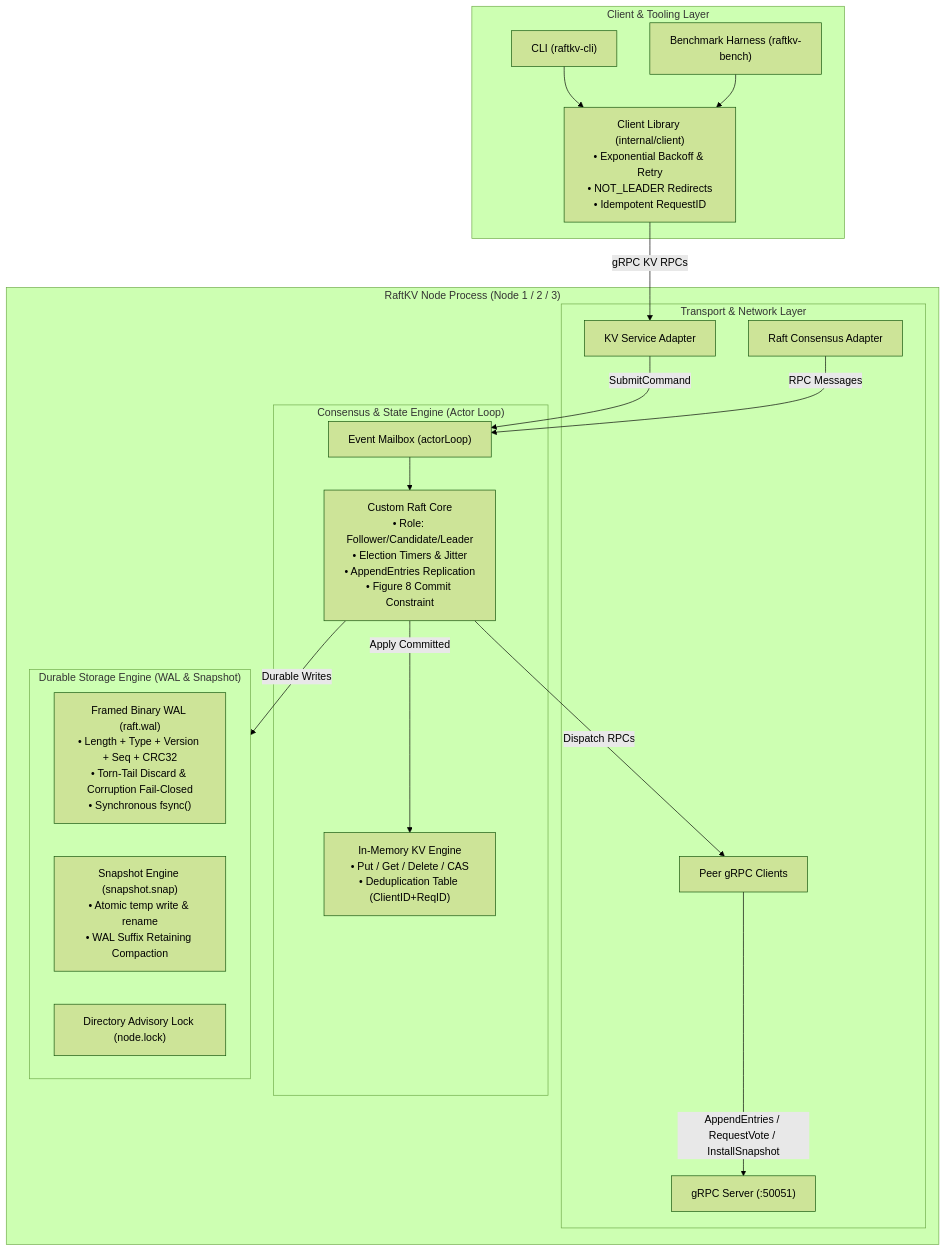
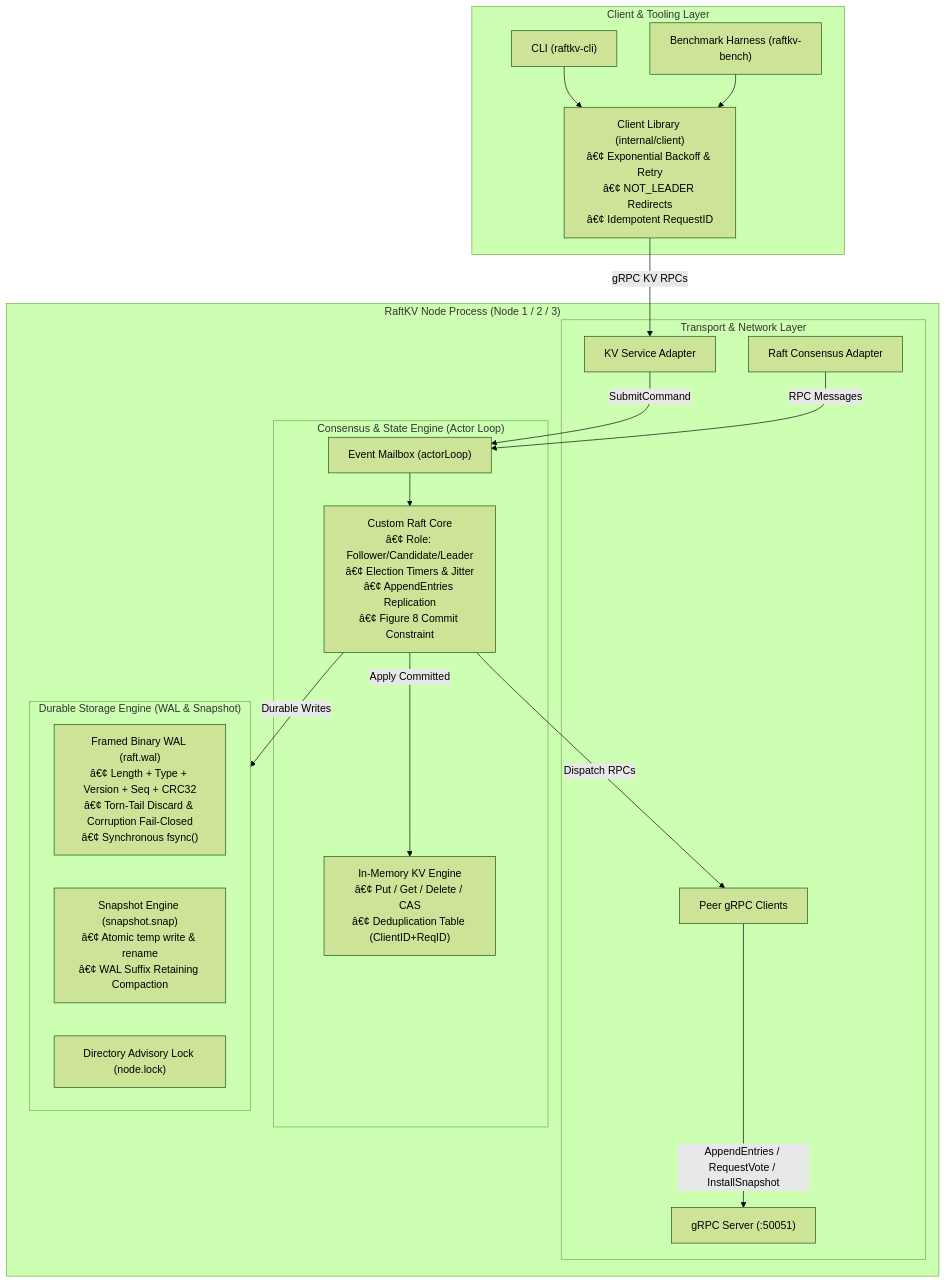
Before and after one commit to AnushKamble/RaftKV: the diagram in README.md, drawn with Mermaid (forest theme). The commit also changed other lines of this file and 1 other file, not shown here.

Commit message:
docs: update CI and Go report card badges to AnushKamble/RaftKV

````diff
--- a/README.md
+++ b/README.md
@@ -14,40 +15,40 @@
 ```mermaid
 flowchart TD
     subgraph ClientLayer["Client & Tooling Layer"]
         CLI["CLI (raftkv-cli)"]
         Bench["Benchmark Harness (raftkv-bench)"]
-        ClientLib["Client Library (internal/client)<br/>• Exponential Backoff & Retry<br/>• NOT_LEADER Redirects<br/>• Idempotent RequestID"]
+        ClientLib["Client Library (internal/client)<br/>â€¢ Exponential Backoff & Retry<br/>â€¢ NOT_LEADER Redirects<br/>â€¢ Idempotent RequestID"]
     end
 
     subgraph NodeProcess["RaftKV Node Process (Node 1 / 2 / 3)"]
         subgraph TransportLayer["Transport & Network Layer"]
             GRPCServer["gRPC Server (:50051)"]
             KVService["KV Service Adapter"]
             RaftService["Raft Consensus Adapter"]
             PeerClients["Peer gRPC Clients"]
         end
 
         subgraph CoreEngine["Consensus & State Engine (Actor Loop)"]
             Mailbox["Event Mailbox (actorLoop)"]
-            RaftCore["Custom Raft Core<br/>• Role: Follower/Candidate/Leader<br/>• Election Timers & Jitter<br/>• AppendEntries Replication<br/>• Figure 8 Commit Constraint"]
-            StateMachine["In-Memory KV Engine<br/>• Put / Get / Delete / CAS<br/>• Deduplication Table (ClientID+ReqID)"]
+            RaftCore["Custom Raft Core<br/>â€¢ Role: Follower/Candidate/Leader<br/>â€¢ Election Timers & Jitter<br/>â€¢ AppendEntries Replication<br/>â€¢ Figure 8 Commit Constraint"]
+            StateMachine["In-Memory KV Engine<br/>â€¢ Put / Get / Delete / CAS<br/>â€¢ Deduplication Table (ClientID+ReqID)"]
         end
 
         subgraph StorageLayer["Durable Storage Engine (WAL & Snapshot)"]
-            WAL["Framed Binary WAL (raft.wal)<br/>• Length + Type + Version + Seq + CRC32<br/>• Torn-Tail Discard & Corruption Fail-Closed<br/>• Synchronous fsync()"]
-            Snap["Snapshot Engine (snapshot.snap)<br/>• Atomic temp write & rename<br/>• WAL Suffix Retaining Compaction"]
+            WAL["Framed Binary WAL (raft.wal)<br/>â€¢ Length + Type + Version + Seq + CRC32<br/>â€¢ Torn-Tail Discard & Corruption Fail-Closed<br/>â€¢ Synchronous fsync()"]
+            Snap["Snapshot Engine (snapshot.snap)<br/>â€¢ Atomic temp write & rename<br/>â€¢ WAL Suffix Retaining Compaction"]
             Flock["Directory Advisory Lock (node.lock)"]
         end
     end
 
     CLI --> ClientLib
     Bench --> ClientLib
     ClientLib -->|"gRPC KV RPCs"| KVService
     KVService -->|"SubmitCommand"| Mailbox
     RaftService -->|"RPC Messages"| Mailbox
     Mailbox --> RaftCore
     RaftCore -->|"Durable Writes"| StorageLayer
     RaftCore -->|"Apply Committed"| StateMachine
     RaftCore -->|"Dispatch RPCs"| PeerClients
     PeerClients -->|"AppendEntries / RequestVote / InstallSnapshot"| GRPCServer
 ```
````
